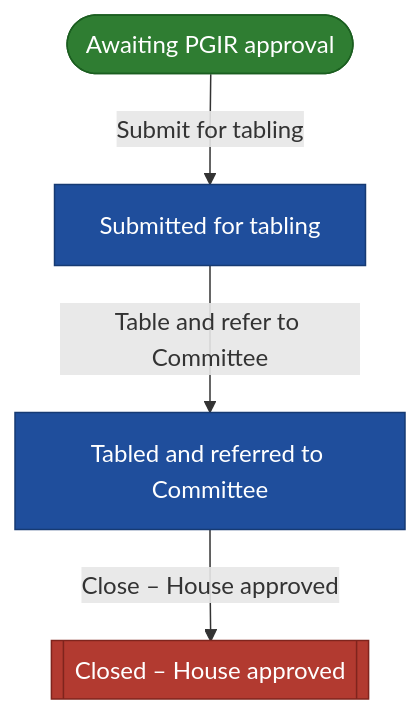
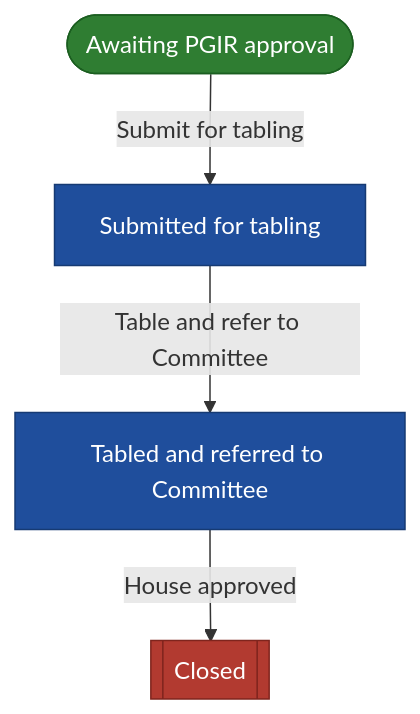
Before and after one commit to gelie/pwms_project: the diagram in src/pwms/docs/delegation_report_workflow.md, drawn with Mermaid. The commit also changed 2 other files, not shown here.

Commit message:
refactor: update delegation report workflow to simplify closed state description

````diff
--- a/src/pwms/docs/delegation_report_workflow.md
+++ b/src/pwms/docs/delegation_report_workflow.md
@@ -5,15 +5,15 @@
 ```mermaid
 %% Generated by `manage.py generate_diagrams`; do not edit by hand.
 %% Workflow: Delegation Report
 flowchart TD
     classDef initial fill:#2F7D32,stroke:#1B5E20,color:#FFFFFF,stroke-width:1px
     classDef regular fill:#1F4E9C,stroke:#163A73,color:#FFFFFF,stroke-width:1px
     classDef terminal fill:#B23A30,stroke:#7F241D,color:#FFFFFF,stroke-width:1px
     s0(["Awaiting PGIR approval"]):::initial
     s1["Submitted for tabling"]:::regular
     s2["Tabled and referred to Committee"]:::regular
-    s3[["Closed – House approved"]]:::terminal
+    s3[["Closed"]]:::terminal
     s0 -->|"Submit for tabling"| s1
     s1 -->|"Table and refer to Committee"| s2
-    s2 -->|"Close – House approved"| s3
+    s2 -->|"House approved"| s3
 ```
````
